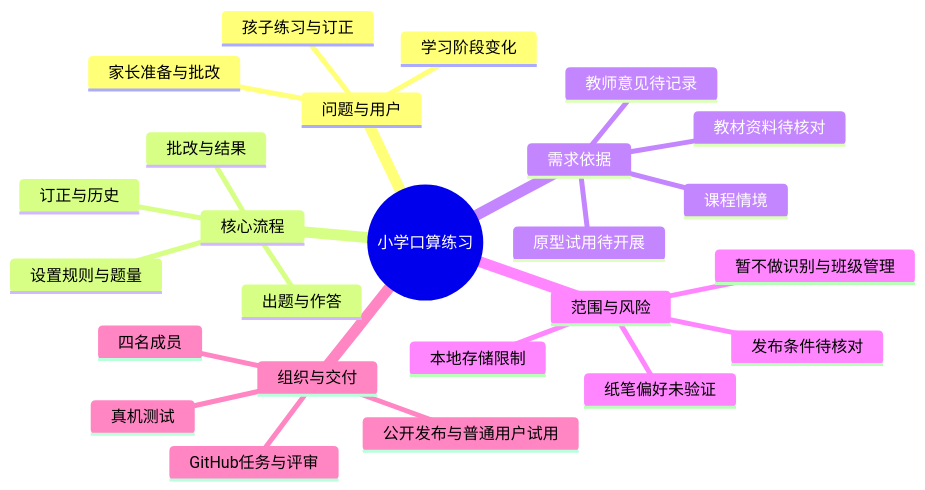
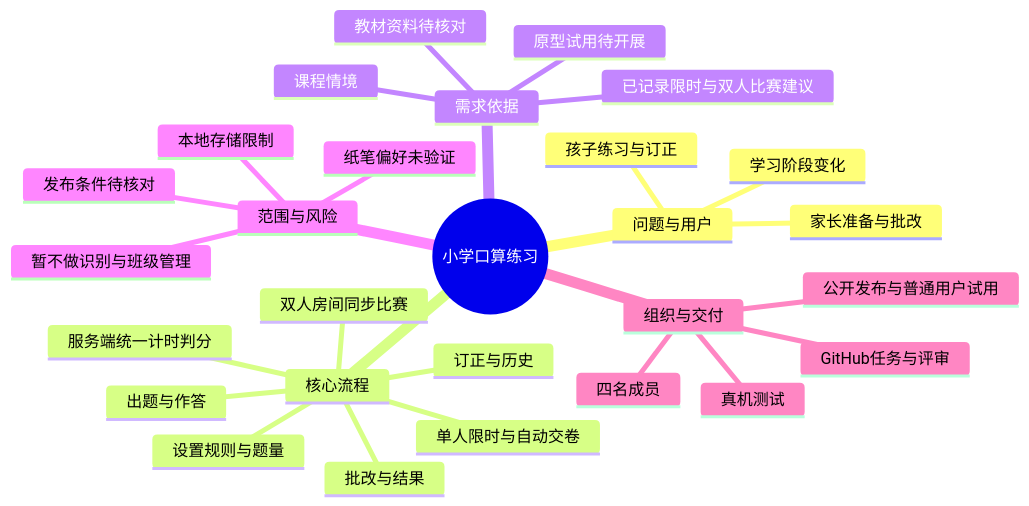
The diagram in docs/01_项目立项与NABCD草稿.md (sensei2168/software-engineering-project), drawn with Mermaid before and after one commit. The commit also changed other lines of this file and 6 other files, not shown here.

````diff
--- a/docs/01_项目立项与NABCD草稿.md
+++ b/docs/01_项目立项与NABCD草稿.md
@@ -239,28 +257,31 @@
 ```mermaid
 mindmap
   root((小学口算练习))
     问题与用户
       家长准备与批改
       孩子练习与订正
       学习阶段变化
     核心流程
       设置规则与题量
       出题与作答
       批改与结果
       订正与历史
+      单人限时与自动交卷
+      双人房间同步比赛
+      服务端统一计时判分
     需求依据
       课程情境
       教材资料待核对
-      教师意见待记录
+      已记录限时与双人比赛建议
       原型试用待开展
     范围与风险
       暂不做识别与班级管理
       纸笔偏好未验证
       本地存储限制
       发布条件待核对
     组织与交付
       四名成员
       GitHub任务与评审
       真机测试
       公开发布与普通用户试用
 ```
````
